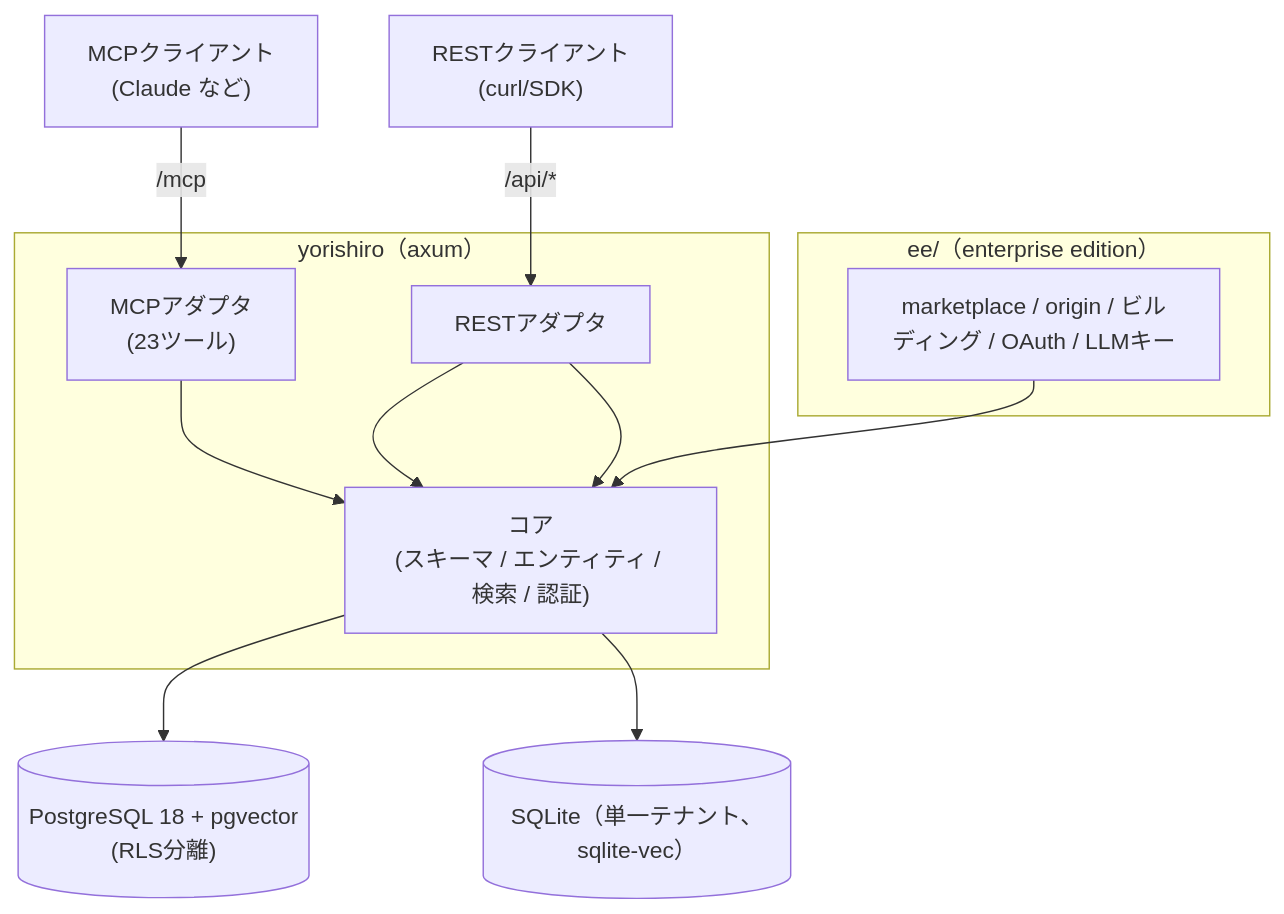
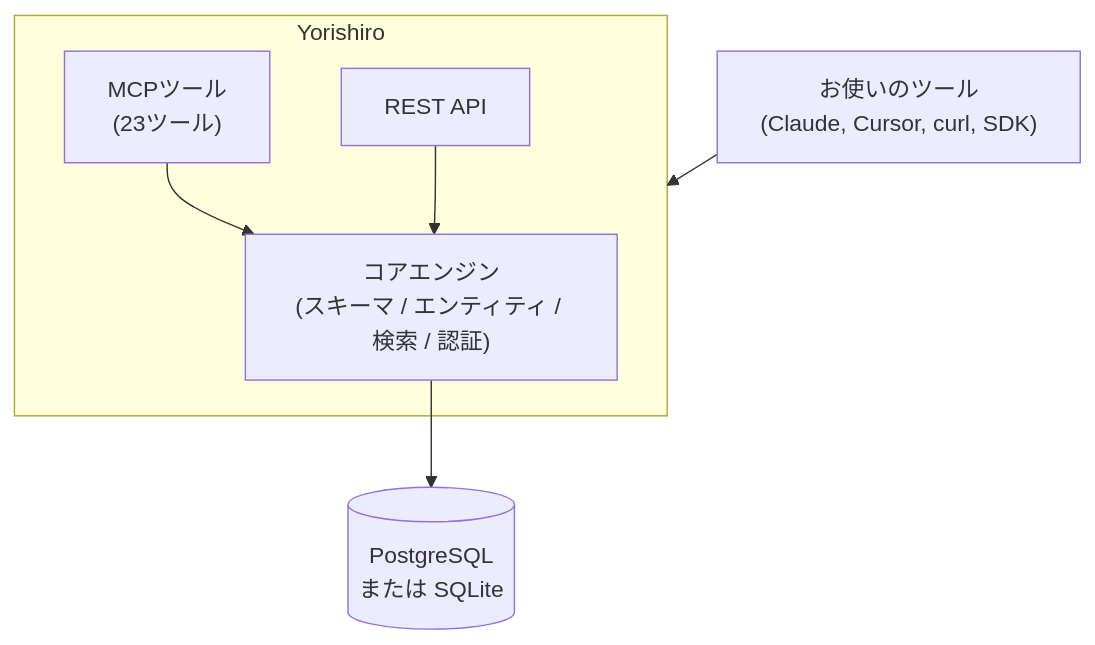
The diagram in README.jp.md (yorishiro-ai/yorishiro), drawn with Mermaid before and after one commit. The commit also changed other lines of this file and 43 other files, not shown here.

````diff
--- a/README.jp.md
+++ b/README.jp.md
@@ -21,27 +19,17 @@
 ```mermaid
 flowchart TD
-    MCPClient["MCPクライアント<br/>(Claude など)"]
-    RESTClient["RESTクライアント<br/>(curl/SDK)"]
+    Client["お使いのツール<br/>(Claude, Cursor, curl, SDK)"]
 
-    subgraph Enterprise["ee/（enterprise edition）"]
-        EnterpriseREST["marketplace / origin / ビルディング / OAuth / LLMキー"]
+    subgraph Server["Yorishiro"]
+        Core["コアエンジン<br/>(スキーマ / エンティティ / 検索 / 認証)"]
+        MCP["MCPツール<br/>(23ツール)"]
+        REST["REST API"]
     end
 
-    subgraph Server["yorishiro（axum）"]
-        Core["コア<br/>(スキーマ / エンティティ / 検索 / 認証)"]
-        MCPAdapter["MCPアダプタ<br/>(23ツール)"]
-        RESTAdapter["RESTアダプタ"]
-        MCPAdapter --> Core
-        RESTAdapter --> Core
-    end
+    DB[("PostgreSQL<br/>または SQLite")]
 
-    DB[("PostgreSQL 18 + pgvector<br/>(RLS分離)")]
-    SQLiteDB[("SQLite（単一テナント、sqlite-vec）")]
-
-    MCPClient -->|"/mcp"| MCPAdapter
-    RESTClient -->|"/api/*"| RESTAdapter
-    RESTAdapter --> Core
-    EnterpriseREST --> Core
+    Client --> Server
+    MCP --> Core
+    REST --> Core
     Core --> DB
-    Core --> SQLiteDB
 ```
````
